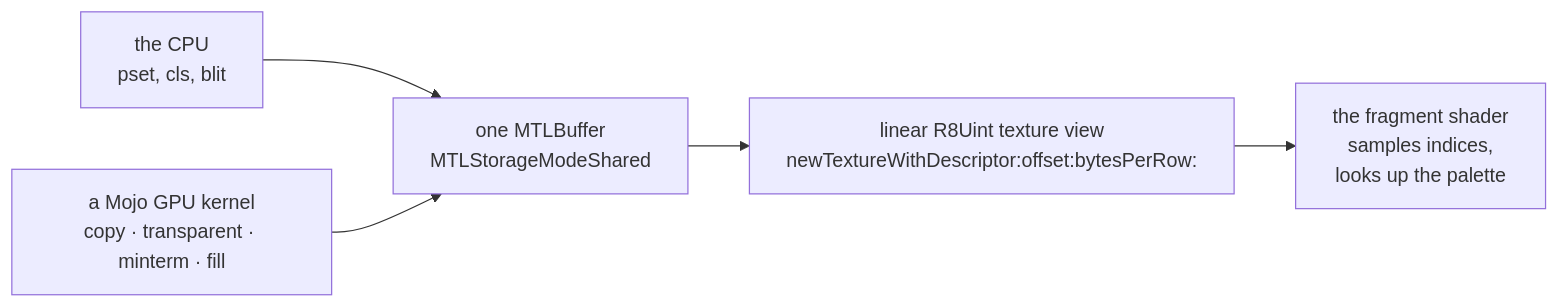
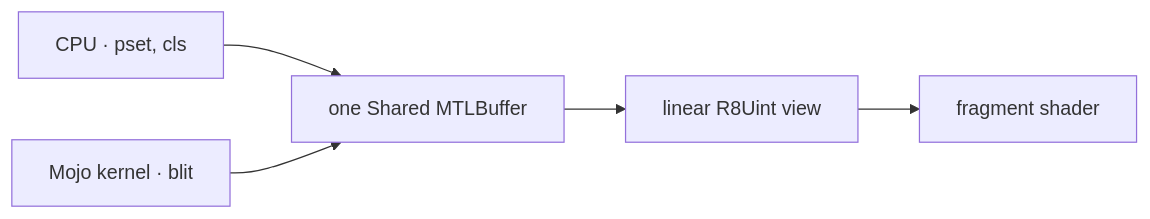
The second of 3 diagrams in CocoaMojoGuide/examples/07-the-game-pane.md (albanread/MojoCocoa), drawn with Mermaid before and after one commit. The commit also changed other lines of this file and 1 other file, not shown here.

First line of the commit message:
[docs] Chapter 7's diagrams fit the page, and the export is clean again

````diff
--- a/CocoaMojoGuide/examples/07-the-game-pane.md
+++ b/CocoaMojoGuide/examples/07-the-game-pane.md
@@ -118,11 +120,7 @@
 ```mermaid
 flowchart LR
-    B["one MTLBuffer<br/>MTLStorageModeShared"]
-    C["the CPU<br/>pset, cls, blit"]
-    K["a Mojo GPU kernel<br/>copy · transparent · minterm · fill"]
-    F["the fragment shader<br/>samples indices,<br/>looks up the palette"]
-    C --> B
-    K --> B
-    B --> V["linear R8Uint texture view<br/>newTextureWithDescriptor:offset:bytesPerRow:"]
-    V --> F
+    C["CPU · pset, cls"] --> B
+    K["Mojo kernel · blit"] --> B
+    B["one Shared MTLBuffer"] --> V["linear R8Uint view"]
+    V --> F["fragment shader"]
 ```
````
